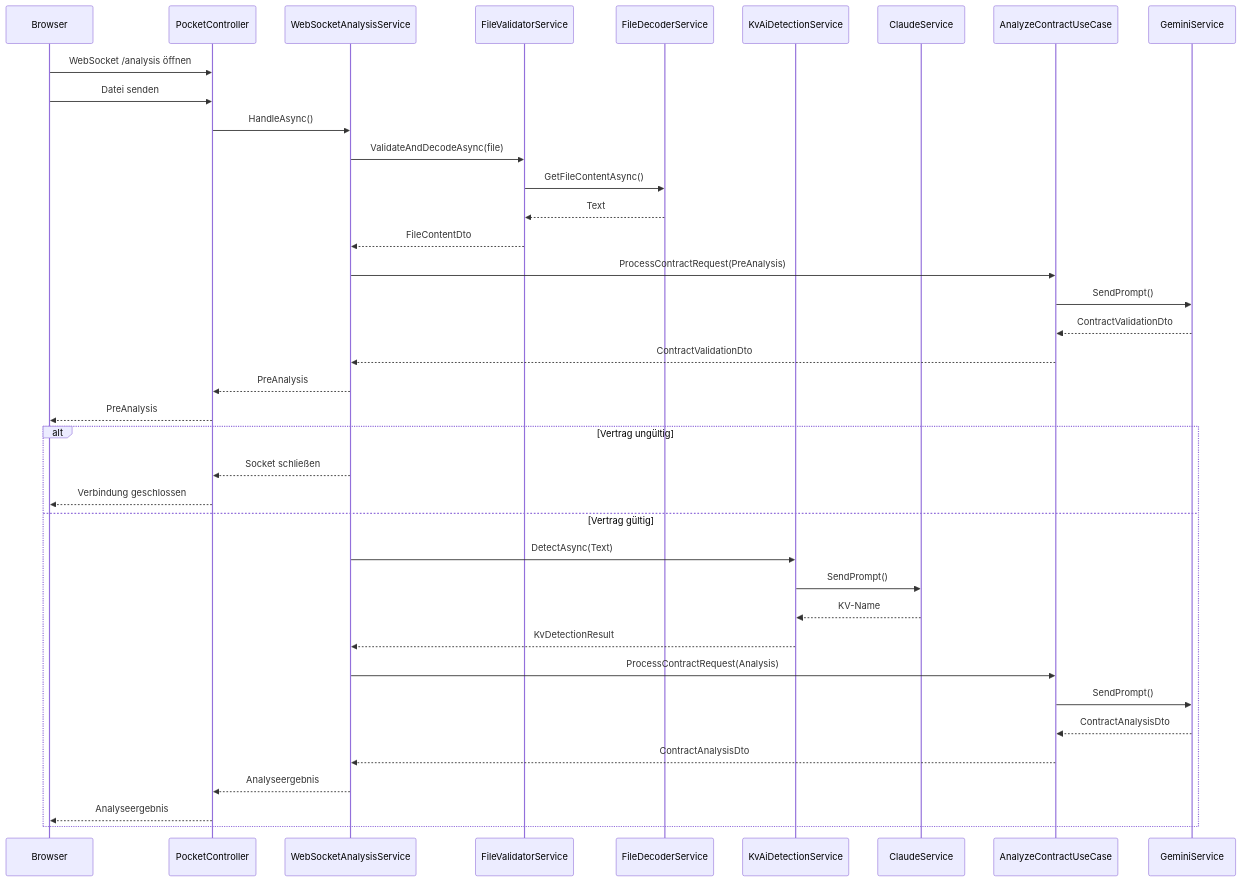
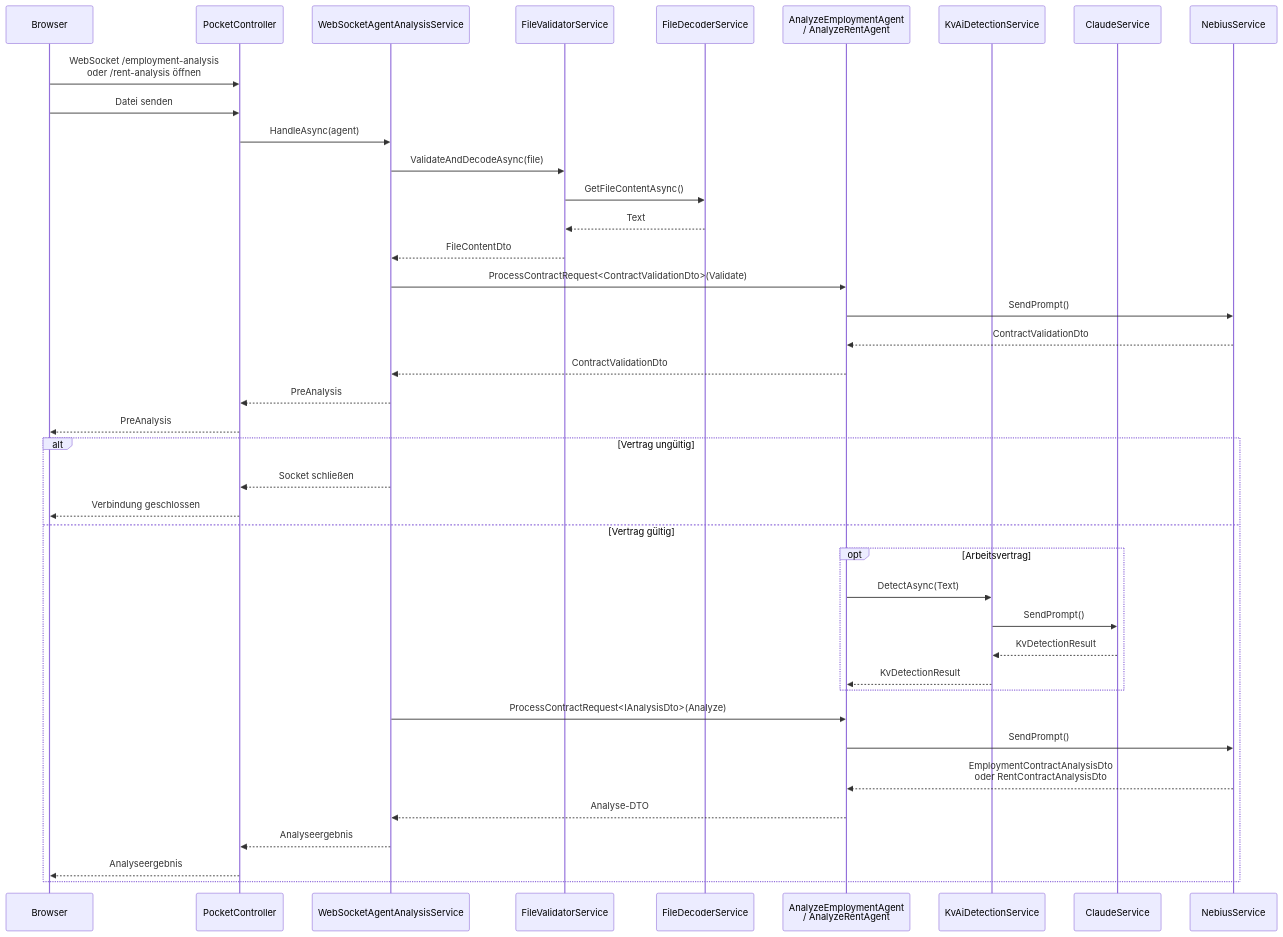
The fifth of 8 diagrams in docs/Diagrams/diagrams.md (sebastian-305/PocketLawyer), drawn with Mermaid before and after one commit. The commit also changed other lines of this file and 1 other file, not shown here.

Commit message:
Update diagram documentation for new agents

````diff
--- a/docs/Diagrams/diagrams.md
+++ b/docs/Diagrams/diagrams.md
@@ -359,42 +362,44 @@
 ```mermaid
 sequenceDiagram
     participant FE as Browser
     participant PC as PocketController
-    participant WS as WebSocketAnalysisService
+    participant WS as WebSocketAgentAnalysisService
     participant FV as FileValidatorService
     participant FDS as FileDecoderService
+    participant AG as AnalyzeEmploymentAgent<br>/ AnalyzeRentAgent
     participant KD as KvAiDetectionService
     participant CLA as ClaudeService
-    participant CA as AnalyzeContractUseCase
-    participant GEM as GeminiService
+    participant NEB as NebiusService
 
-    FE->>PC: WebSocket /analysis öffnen
+    FE->>PC: WebSocket /employment-analysis<br>oder /rent-analysis öffnen
     FE->>PC: Datei senden
-    PC->>WS: HandleAsync()
+    PC->>WS: HandleAsync(agent)
     WS->>FV: ValidateAndDecodeAsync(file)
     FV->>FDS: GetFileContentAsync()
     FDS-->>FV: Text
     FV-->>WS: FileContentDto
-    WS->>CA: ProcessContractRequest(PreAnalysis)
-    CA->>GEM: SendPrompt()
-    GEM-->>CA: ContractValidationDto
-    CA-->>WS: ContractValidationDto
+    WS->>AG: ProcessContractRequest<ContractValidationDto>(Validate)
+    AG->>NEB: SendPrompt()
+    NEB-->>AG: ContractValidationDto
+    AG-->>WS: ContractValidationDto
     WS-->>PC: PreAnalysis
     PC-->>FE: PreAnalysis
 
     alt Vertrag ungültig
         WS-->>PC: Socket schließen
         PC-->>FE: Verbindung geschlossen
     else Vertrag gültig
-        WS->>KD: DetectAsync(Text)
-        KD->>CLA: SendPrompt()
-        CLA-->>KD: KV-Name
-        KD-->>WS: KvDetectionResult
-        WS->>CA: ProcessContractRequest(Analysis)
-        CA->>GEM: SendPrompt()
-        GEM-->>CA: ContractAnalysisDto
-        CA-->>WS: ContractAnalysisDto
+        opt Arbeitsvertrag
+            AG->>KD: DetectAsync(Text)
+            KD->>CLA: SendPrompt()
+            CLA-->>KD: KvDetectionResult
+            KD-->>AG: KvDetectionResult
+        end
+        WS->>AG: ProcessContractRequest<IAnalysisDto>(Analyze)
+        AG->>NEB: SendPrompt()
+        NEB-->>AG: EmploymentContractAnalysisDto<br>oder RentContractAnalysisDto
+        AG-->>WS: Analyse-DTO
         WS-->>PC: Analyseergebnis
         PC-->>FE: Analyseergebnis
     end
 ```
````
